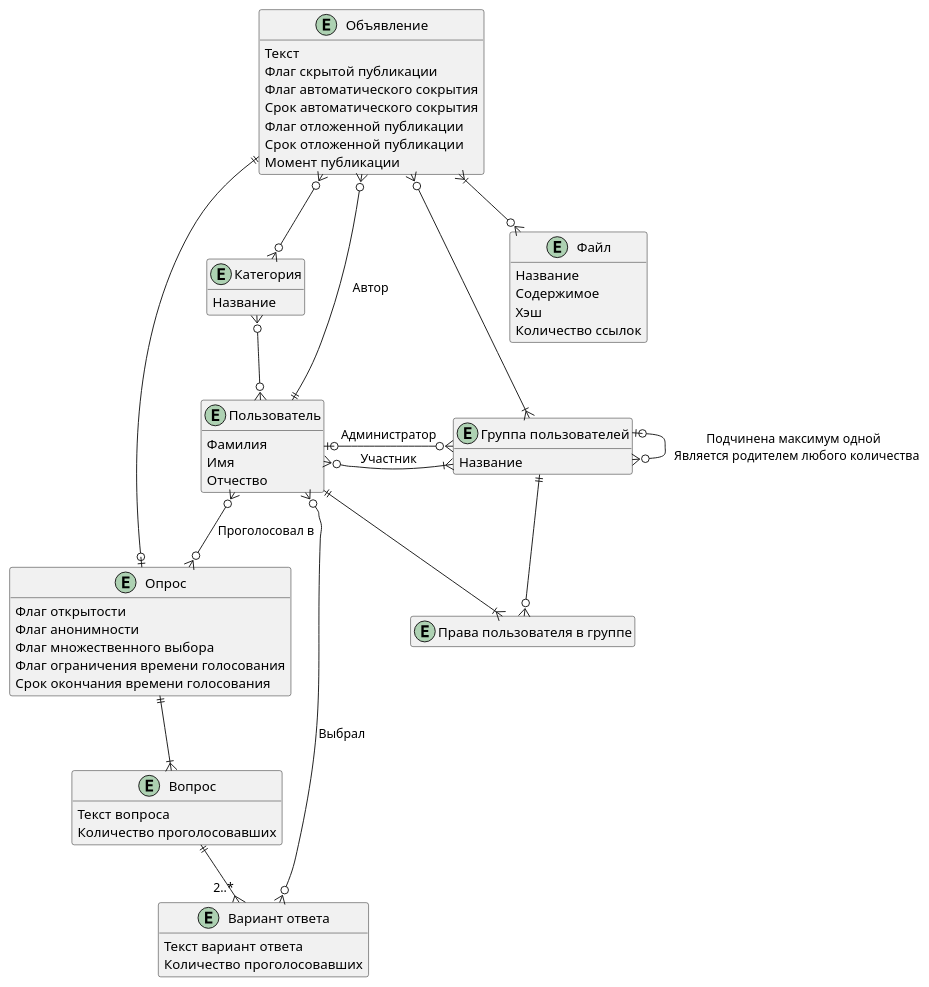
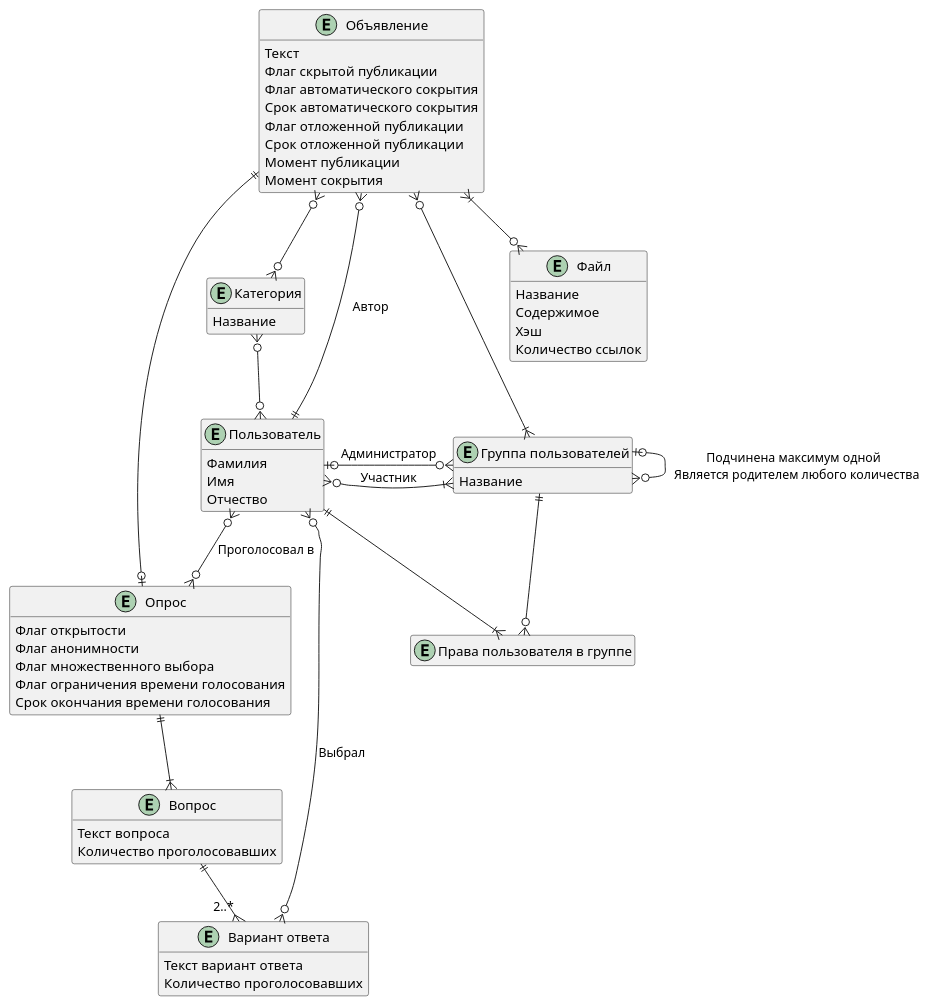
The diagram in doc/Диаграммы/er.puml (astu-app/ASTU-Bulletin-Board-Server), drawn with PlantUML before and after one commit. The commit also changed 1 other file, not shown here.

Commit message:
добавил момент сокрытия в объявление

```diff
--- a/doc/Диаграммы/er.puml
+++ b/doc/Диаграммы/er.puml
@@ -1,75 +1,76 @@
 @startuml
 'https://plantuml.com/class-diagram
 
 hide methods
 
 entity "Пользователь" as user {
     Фамилия
     Имя
     Отчество
 }
 
 entity "Объявление" as announcement { 
     Текст
     Флаг скрытой публикации
     Флаг автоматического сокрытия
     Срок автоматического сокрытия
     Флаг отложенной публикации
     Срок отложенной публикации
     Момент публикации
+    Момент сокрытия
 }
 announcement }o--|| user : Автор
 
 entity "Категория" as category {
     Название
 }
 announcement }o--o{ category
 user }o-up-o{ category
 
 entity "Файл" as attachedFile { 
     Название
     Содержимое
     Хэш
     Количество ссылок
 }
 announcement }|--o{ attachedFile
 
 entity "Опрос" as survey {
     Флаг открытости
     Флаг анонимности
     Флаг множественного выбора
     Флаг ограничения времени голосования
     Срок окончания времени голосования
 }
 announcement ||--o| survey
 user }o--o{ survey : Проголосовал в
 
 entity "Вопрос" as question {
     Текст вопроса
     Количество проголосовавших
 }
 survey ||--|{ question
 
 entity "Вариант ответа" as answer {
     Текст вариант ответа
     Количество проголосовавших
 }
 question ||--{ "2..*" answer
 user }o--o{ answer : Выбрал
 
 entity "Группа пользователей" as userGroup { 
     Название
 }
 announcement }o--|{ userGroup
 user }o--|{ userGroup : Участник
 user |o-right-o{ userGroup : Администратор
 userGroup |o--o{ userGroup : Подчинена максимум одной \n Является родителем любого количества
 
 entity "Права пользователя в группе" as userRightsInGroup {}
 hide userRightsInGroup members
 user ||--|{ userRightsInGroup
 userGroup ||--o{ userRightsInGroup
 
 
 
 @enduml
```
